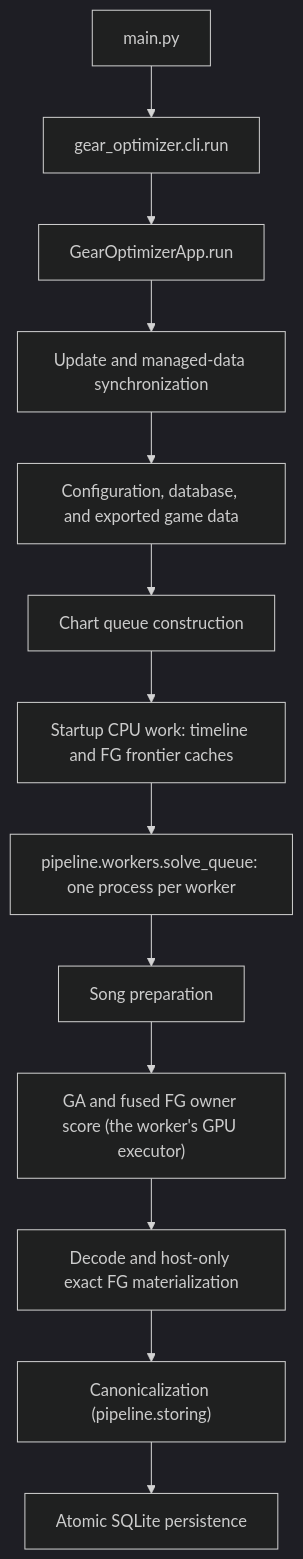
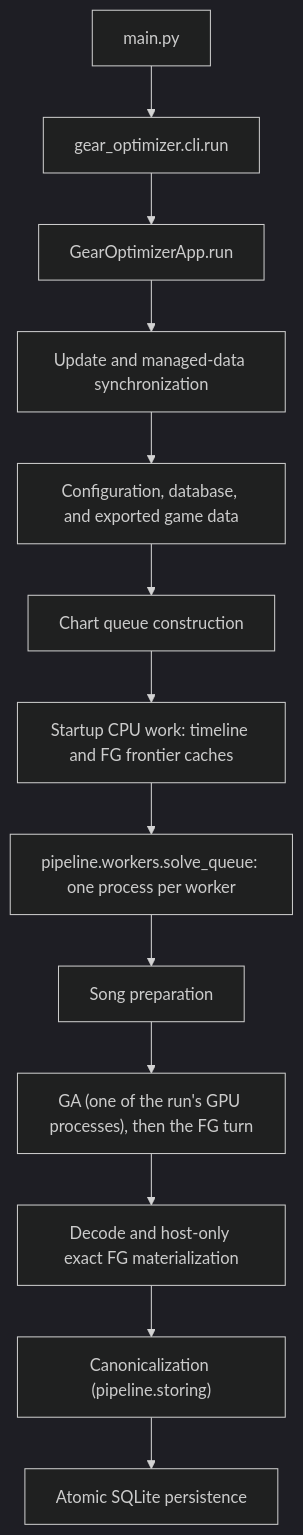
Before and after one commit to TheBaconactor/RoBeats-Calculator-Engine: the first of 3 diagrams in docs/ARCHITECTURE.md, drawn with Mermaid (dark theme). The commit also changed other lines of this file and 6 other files, not shown here.

````diff
--- a/docs/ARCHITECTURE.md
+++ b/docs/ARCHITECTURE.md
@@ -22,15 +22,15 @@
 ```mermaid
 flowchart TD
     A["main.py"] --> B["gear_optimizer.cli.run"]
     B --> C["GearOptimizerApp.run"]
     C --> D["Update and managed-data synchronization"]
     D --> E["Configuration, database, and exported game data"]
     E --> F["Chart queue construction"]
     F --> G["Startup CPU work: timeline and FG frontier caches"]
     G --> I["pipeline.workers.solve_queue: one process per worker"]
     I --> J["Song preparation"]
-    J --> K["GA and fused FG owner score (the worker's GPU executor)"]
+    J --> K["GA (one of the run's GPU processes), then the FG turn"]
     K --> L["Decode and host-only exact FG materialization"]
     L --> N["Canonicalization (pipeline.storing)"]
     N --> O["Atomic SQLite persistence"]
 ```
````
